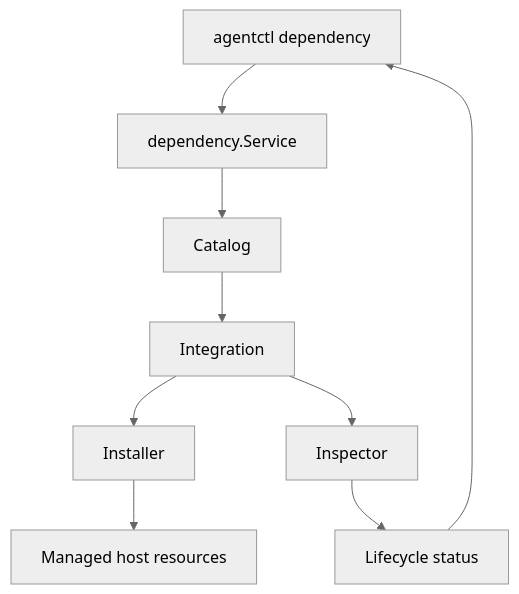
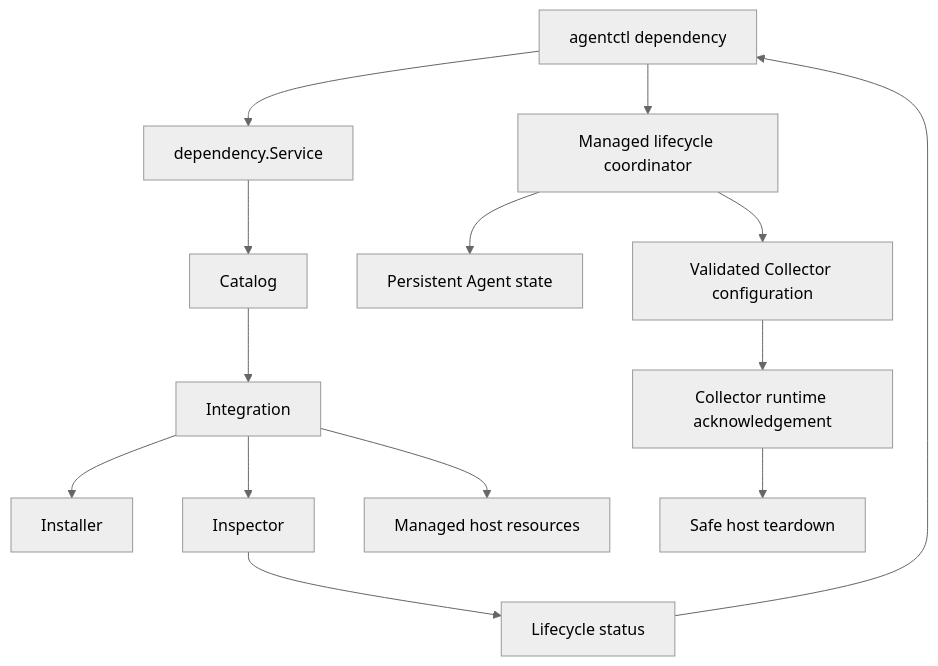
Before and after one commit to AR-IMMS/telemetry-agent: the diagram in docs/architecture/managed-dependency-lifecycle.md, drawn with Mermaid (neutral theme). The commit also changed other lines of this file and 4 other files, not shown here.

First line of the commit message:
feat(agentctl): complete managed dependency lifecycle

````diff
--- a/docs/architecture/managed-dependency-lifecycle.md
+++ b/docs/architecture/managed-dependency-lifecycle.md
@@ -8,13 +8,20 @@
 ```mermaid
 flowchart TD
     CLI["agentctl dependency"] --> Service["dependency.Service"]
+    CLI --> Lifecycle["Managed lifecycle coordinator"]
+
     Service --> Catalog["Catalog"]
     Catalog --> Integration["Integration"]
 
     Integration --> Installer["Installer"]
     Integration --> Inspector["Inspector"]
+    Integration --> Host["Managed host resources"]
 
-    Installer --> Host["Managed host resources"]
+    Lifecycle --> State["Persistent Agent state"]
+    Lifecycle --> Config["Validated Collector configuration"]
+    Config --> Runtime["Collector runtime acknowledgement"]
+    Runtime --> Teardown["Safe host teardown"]
+
     Inspector --> Status["Lifecycle status"]
     Status --> CLI
 ```
````
